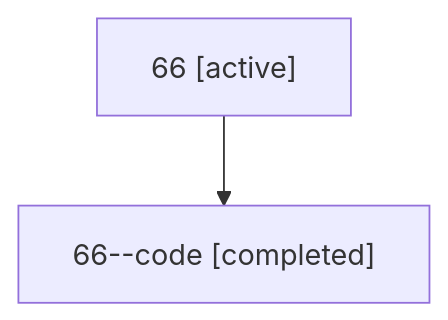
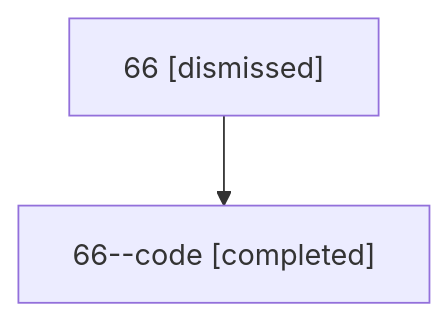
The diagram in sessions/bbugyi200.athena.66.md (sase-org/sase--agents), drawn with Mermaid before and after one commit. The commit also changed other lines of this file and 24 other files, not shown here.

````diff
--- a/sessions/bbugyi200.athena.66.md
+++ b/sessions/bbugyi200.athena.66.md
@@ -9,6 +9,6 @@
 ```mermaid
 flowchart TD
-  n0["66 [active]"]
+  n0["66 [dismissed]"]
   n1["66--code [completed]"]
   n0 --> n1
 ```
````
